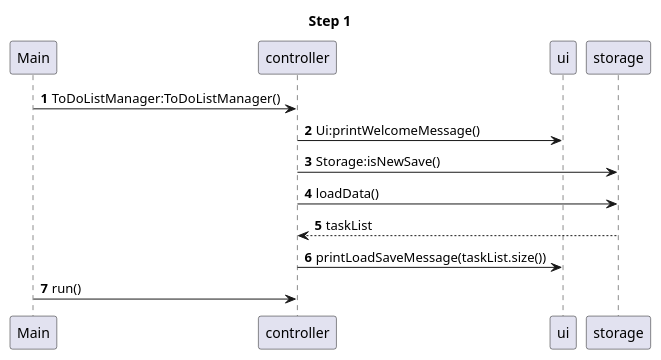
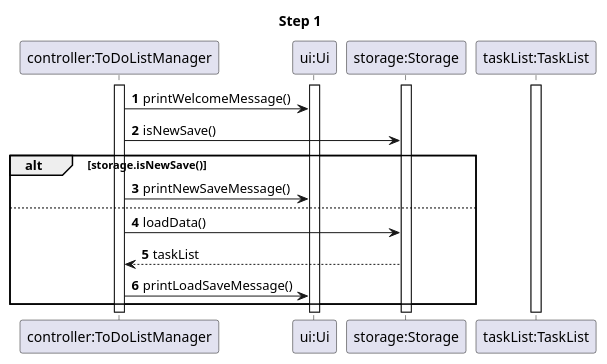
One commit to nus-cs2113-AY2223S2/tp changed the diagram in docs/diagrams/StorageSequenceDiagramStep1.puml. Above: the diagram before and after it, drawn with PlantUML. The commit also changed 9 other files, not shown here.

Commit message:
Update developer guide and sequence diagrams and delete unnecessary file

```diff
--- a/docs/diagrams/StorageSequenceDiagramStep1.puml
+++ b/docs/diagrams/StorageSequenceDiagramStep1.puml
@@ -1,14 +1,26 @@
 @startuml
 'https://plantuml.com/sequence-diagram
 
 autonumber
+participant "controller:ToDoListManager" as ToDoListManager
+participant "ui:Ui" as Ui
+participant "storage:Storage" as Storage
+participant "taskList:TaskList" as TaskList
+
 title Step 1
-Main -> controller:ToDoListManager:ToDoListManager()
-controller -> ui:Ui:printWelcomeMessage()
-controller -> storage:Storage:isNewSave()
-controller -> storage:loadData()
-controller <-- storage:taskList
-controller -> ui:printLoadSaveMessage(taskList.size())
-Main -> controller:run()
+activate ToDoListManager
+activate Ui
+activate Storage
+activate TaskList
+
+ToDoListManager -> Ui:printWelcomeMessage()
+ToDoListManager -> Storage:isNewSave()
+alt storage.isNewSave()
+    ToDoListManager -> Ui:printNewSaveMessage()
+else
+    ToDoListManager -> Storage:loadData()
+    ToDoListManager <-- Storage:taskList
+    ToDoListManager -> Ui:printLoadSaveMessage()
+end
 
 @enduml
```
